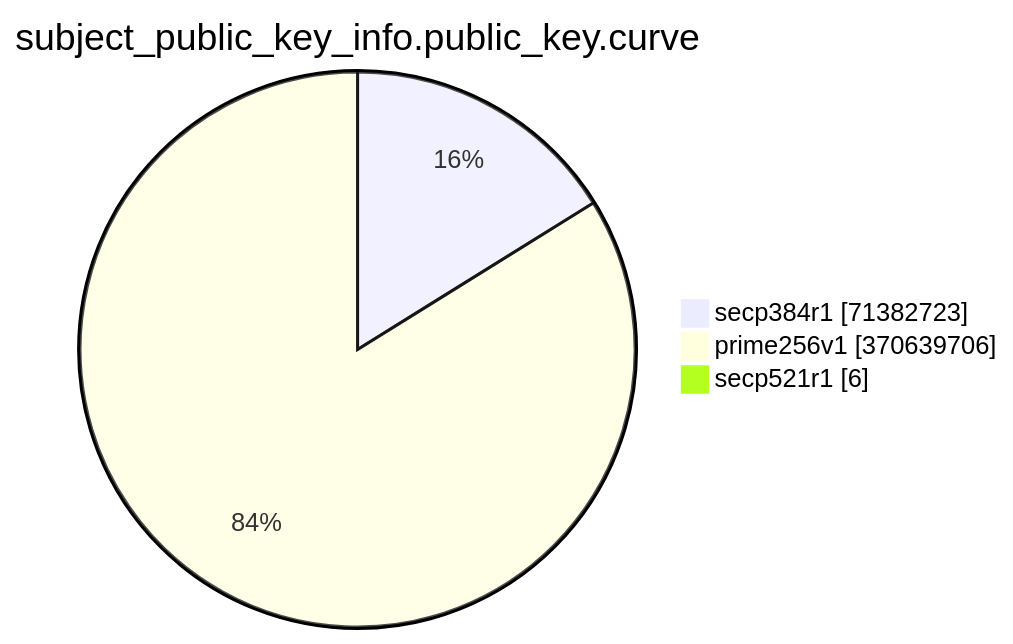
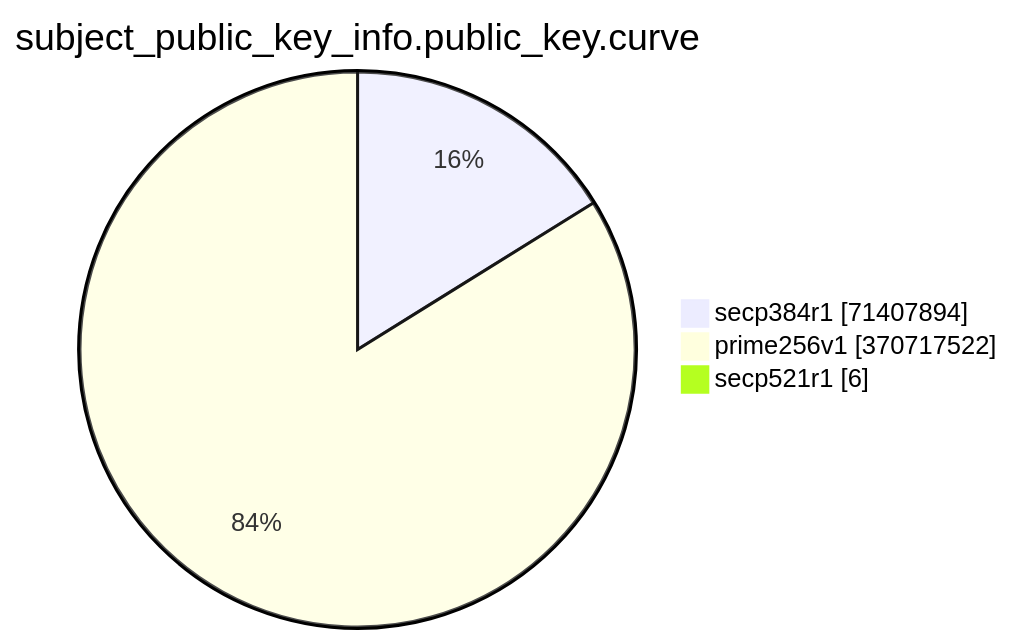
Before and after one commit to christiankrug/ctmonitor_visualization: the eighth of 15 diagrams in TOTAL/README.md, drawn with Mermaid. The commit also changed other lines of this file, not shown here.

````diff
--- a/TOTAL/README.md
+++ b/TOTAL/README.md
@@ -3094,7 +3094,7 @@
 ```mermaid
 pie showData
 title subject_public_key_info.public_key.curve
-"secp384r1" :71382723
-"prime256v1" :370639706
+"secp384r1" :71407894
+"prime256v1" :370717522
 "secp521r1" :6
 ```
````
